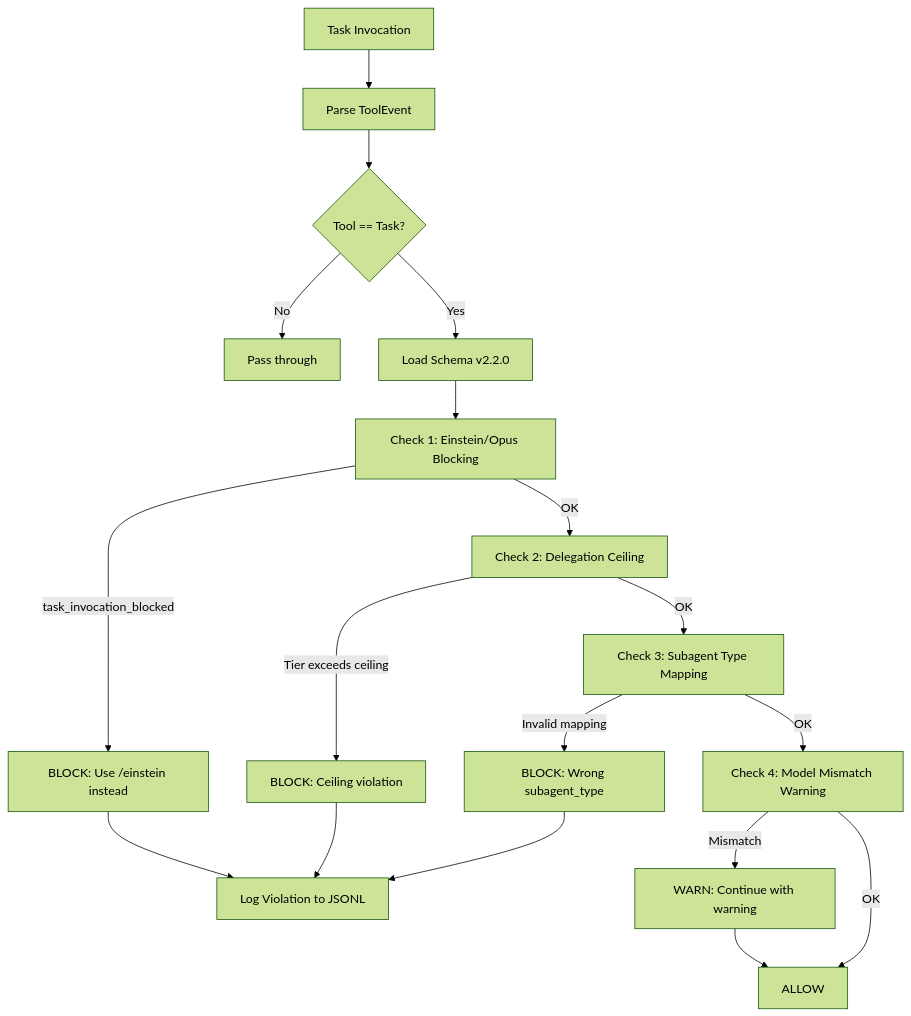
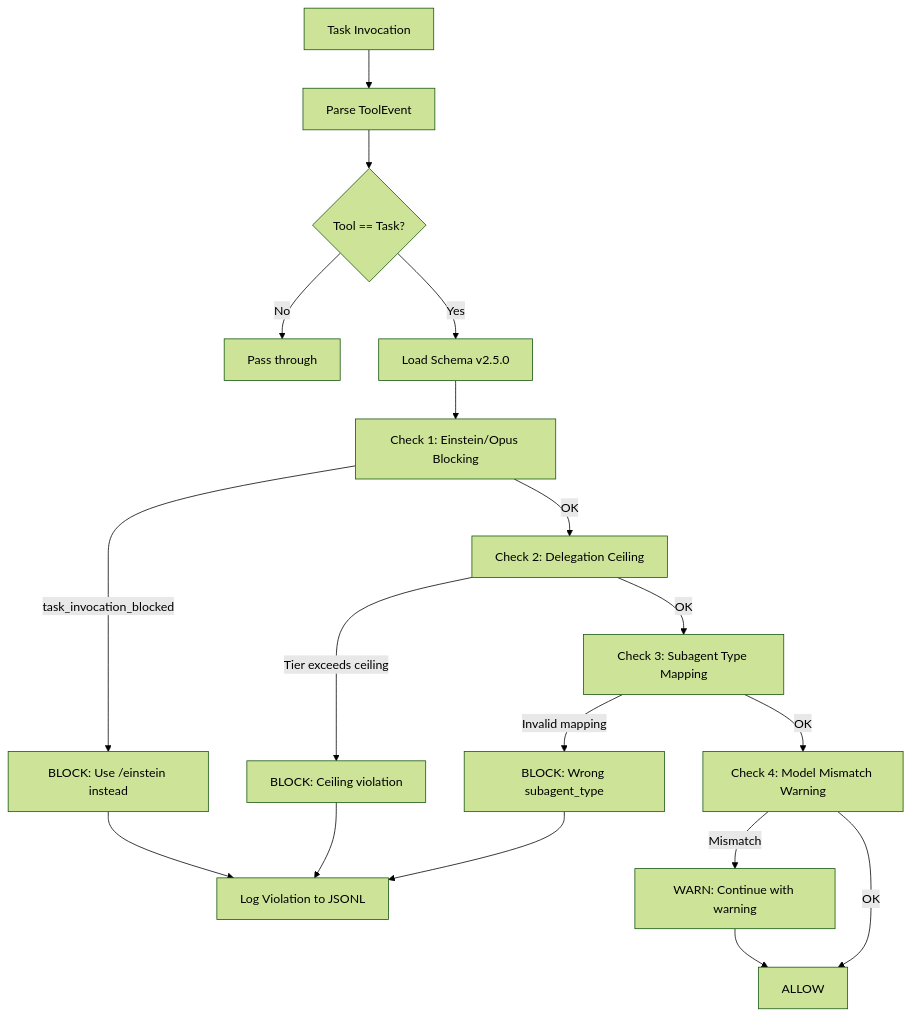
Before and after one commit to Bucket-Chemist/goYoke: the sixth of 8 diagrams in docs/ARCHITECTURE.md, drawn with Mermaid (forest theme). The commit also changed other lines of this file and 1 other file, not shown here.

First line of the commit message:
docs: comprehensive Phase 10 documentation audit — package tree, ARCHITECTURE, cross-refs

````diff
--- a/docs/ARCHITECTURE.md
+++ b/docs/ARCHITECTURE.md
@@ -810,26 +810,26 @@
 ```mermaid
 flowchart TD
     input[Task Invocation] --> parse[Parse ToolEvent]
     parse --> check1{Tool == Task?}
 
     check1 -->|No| pass1[Pass through]
-    check1 -->|Yes| load[Load Schema v2.2.0]
+    check1 -->|Yes| load[Load Schema v2.5.0]
 
     load --> v1[Check 1: Einstein/Opus Blocking]
     v1 -->|task_invocation_blocked| block1[BLOCK: Use /einstein instead]
     v1 -->|OK| v2[Check 2: Delegation Ceiling]
 
     v2 -->|Tier exceeds ceiling| block2[BLOCK: Ceiling violation]
     v2 -->|OK| v3[Check 3: Subagent Type Mapping]
 
     v3 -->|Invalid mapping| block3[BLOCK: Wrong subagent_type]
     v3 -->|OK| v4[Check 4: Model Mismatch Warning]
 
     v4 -->|Mismatch| warn[WARN: Continue with warning]
     v4 -->|OK| allow[ALLOW]
 
     block1 --> log[Log Violation to JSONL]
     block2 --> log
     block3 --> log
     warn --> allow
 ```
````
